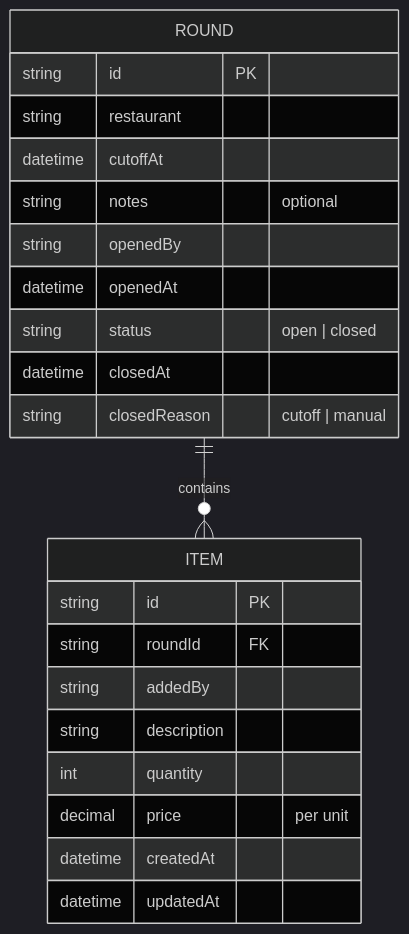
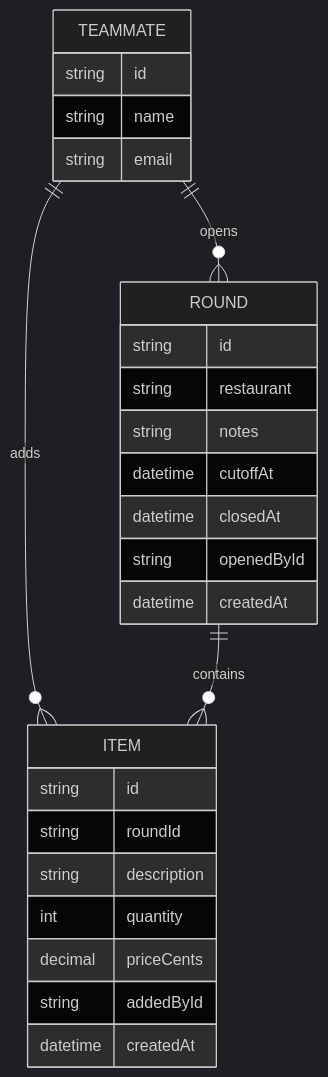
One commit to KCSAbeywickrama/labs-agentic-engineer changed the diagram in evals/spec-agents/scenarios/fixtures/lunch-coordinator-design/specs/design/domain-model.md. Above: the diagram before and after it, drawn with Mermaid (dark theme). The commit also changed other lines of this file and 64 other files, not shown here.

````diff
--- a/evals/spec-agents/scenarios/fixtures/lunch-coordinator-design/specs/design/domain-model.md
+++ b/evals/spec-agents/scenarios/fixtures/lunch-coordinator-design/specs/design/domain-model.md
@@ -6,25 +7,30 @@
 ```mermaid
 erDiagram
+    TEAMMATE ||--o{ ROUND : opens
+    TEAMMATE ||--o{ ITEM : adds
     ROUND ||--o{ ITEM : contains
+
+    TEAMMATE {
+        string id
+        string name
+        string email
+    }
     ROUND {
-        string id PK
+        string id
         string restaurant
+        string notes
         datetime cutoffAt
-        string notes "optional"
-        string openedBy
-        datetime openedAt
-        string status "open | closed"
         datetime closedAt
-        string closedReason "cutoff | manual"
+        string openedById
+        datetime createdAt
     }
     ITEM {
-        string id PK
-        string roundId FK
-        string addedBy
+        string id
+        string roundId
         string description
         int quantity
-        decimal price "per unit"
+        decimal priceCents
+        string addedById
         datetime createdAt
-        datetime updatedAt
     }
 ```
````
